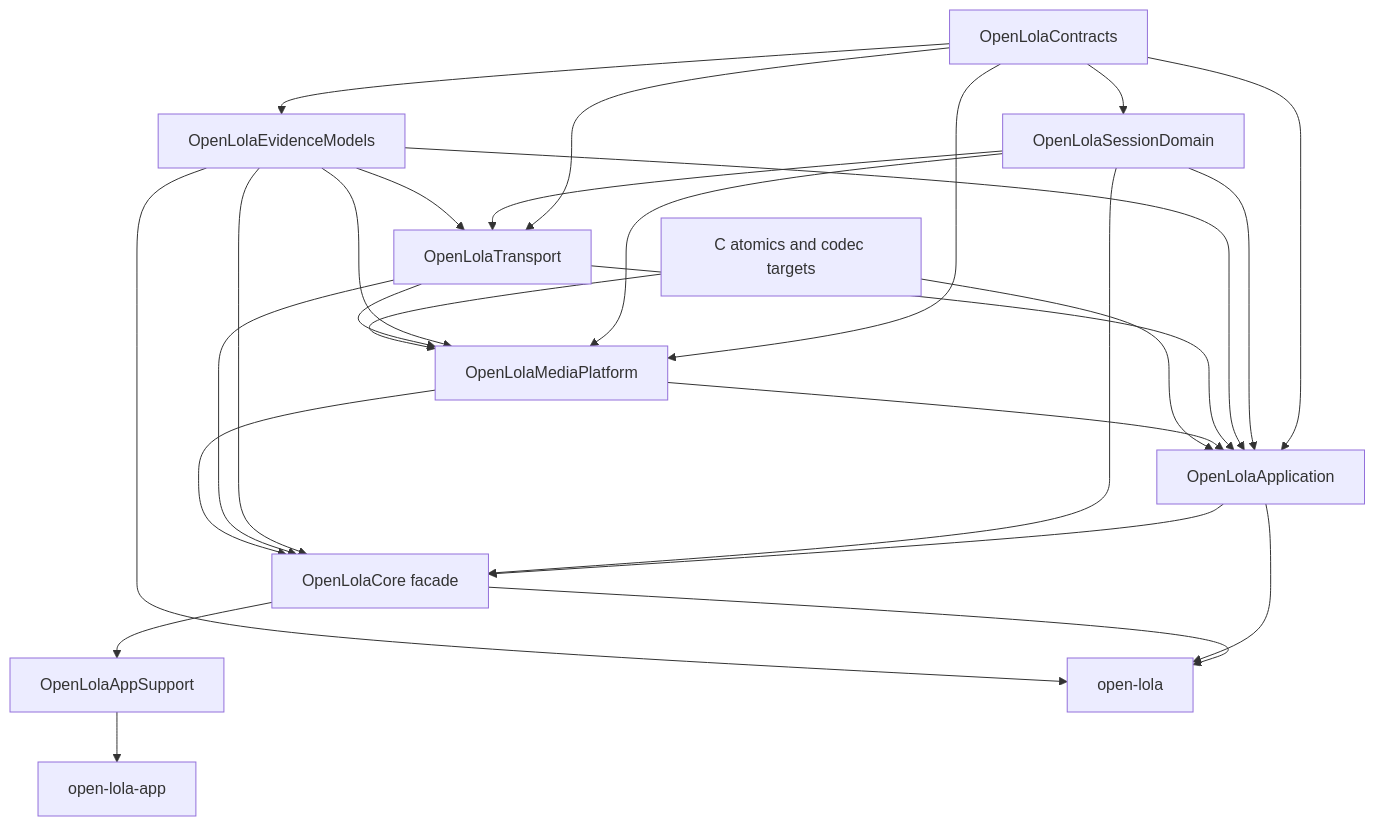
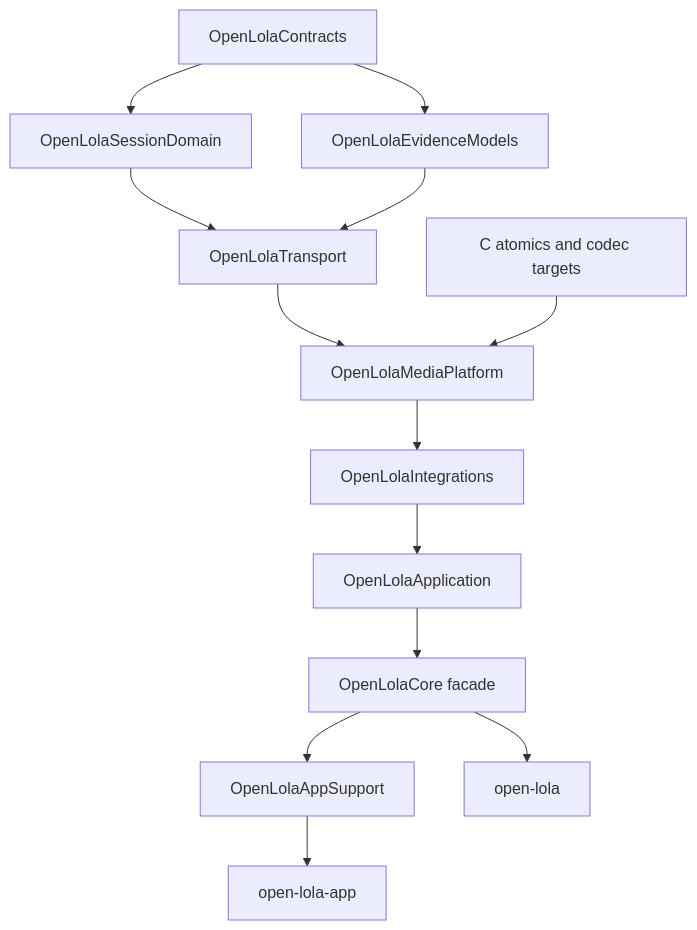
One commit to sebastianspicker/open-lola changed the second of 2 diagrams in docs/architecture.md. Above: the diagram before and after it, drawn with Mermaid. The commit also changed other lines of this file and 2 other files, not shown here.

First line of the commit message:
docs: describe OpenLolaIntegrations and the realigned macOS layout

````diff
--- a/docs/architecture.md
+++ b/docs/architecture.md
@@ -68,41 +68,28 @@
 ```mermaid
 flowchart TD
     Contracts[OpenLolaContracts]
     Session[OpenLolaSessionDomain]
     Evidence[OpenLolaEvidenceModels]
     Transport[OpenLolaTransport]
     Media[OpenLolaMediaPlatform]
+    Integrations[OpenLolaIntegrations]
     Application[OpenLolaApplication]
     Core[OpenLolaCore facade]
     Support[OpenLolaAppSupport]
     CLI[open-lola]
     App[open-lola-app]
     CBridges[C atomics and codec targets]
 
     Contracts --> Session
     Contracts --> Evidence
-    Contracts --> Transport
     Session --> Transport
     Evidence --> Transport
-    Contracts --> Media
-    Session --> Media
-    Evidence --> Media
     Transport --> Media
     CBridges --> Media
-    Contracts --> Application
-    Session --> Application
-    Evidence --> Application
-    Transport --> Application
-    Media --> Application
-    CBridges --> Application
+    Media --> Integrations
+    Integrations --> Application
     Application --> Core
-    Session --> Core
-    Evidence --> Core
-    Transport --> Core
-    Media --> Core
     Core --> Support
     Support --> App
     Core --> CLI
-    Application --> CLI
-    Evidence --> CLI
 ```
````
